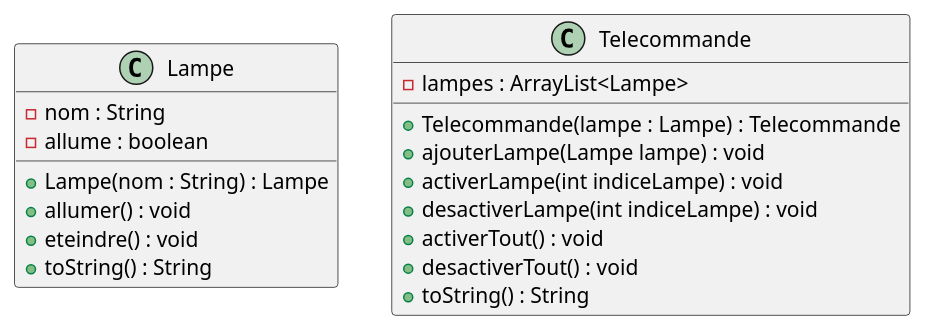
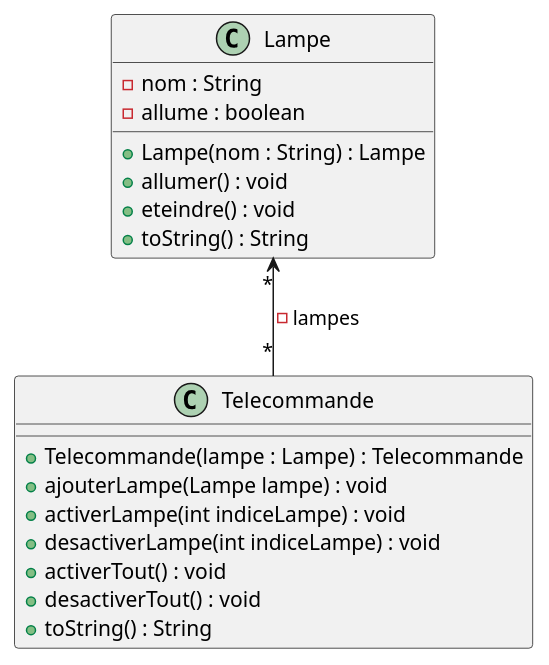
One commit to Zhi-Sheng-Trieu/2022_coo_domotique_Noel_Trieu changed the diagram in schema.puml. Above: the diagram before and after it, drawn with PlantUML. The commit also changed 1 other file, not shown here.

```diff
--- a/schema.puml
+++ b/schema.puml
@@ -1,23 +1,25 @@
 @startuml
 
 class Lampe{
     -nom : String
     -allume : boolean
     +Lampe(nom : String) : Lampe
     +allumer() : void
     +eteindre() : void
     +toString() : String
 }
 
 class Telecommande{
-    -lampes : ArrayList<Lampe>
+
     +Telecommande(lampe : Lampe) : Telecommande
     +ajouterLampe(Lampe lampe) : void
     +activerLampe(int indiceLampe) : void
     +desactiverLampe(int indiceLampe) : void
     +activerTout() : void
     +desactiverTout() : void
     +toString() : String
 }
 
+Lampe "*" <-- "*" Telecommande : - lampes
+
 @enduml
```
